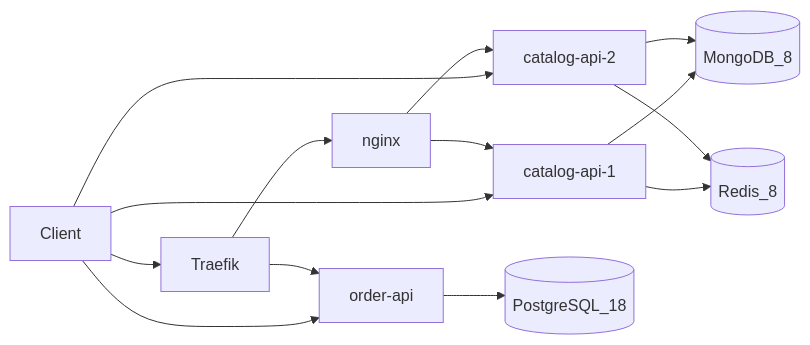
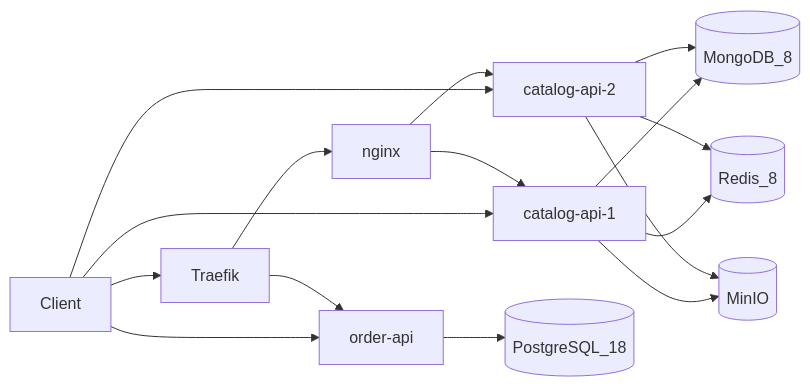
One commit to ianckc/streamshop-distributed-system changed the first of 2 diagrams in docs/docs/architecture/overview.mdx. Above: the diagram before and after it, drawn with Mermaid. The commit also changed other lines of this file and 27 other files, not shown here.

First line of the commit message:
0016 Add MinIO for catalog images (#19)

````diff
--- a/docs/docs/architecture/overview.mdx
+++ b/docs/docs/architecture/overview.mdx
@@ -11,16 +11,18 @@
 ```mermaid
 flowchart LR
   Client[Client] --> Traefik[Traefik]
   Client --> Catalog1[catalog-api-1]
   Client --> Catalog2[catalog-api-2]
   Client --> OrderAPI[order-api]
   Traefik --> Nginx[nginx]
   Traefik --> OrderAPI
   Nginx --> Catalog1
   Nginx --> Catalog2
   Catalog1 --> Mongo[(MongoDB_8)]
   Catalog2 --> Mongo
   Catalog1 --> Redis[(Redis_8)]
   Catalog2 --> Redis
+  Catalog1 --> MinIO[(MinIO)]
+  Catalog2 --> MinIO
   OrderAPI --> Postgres[(PostgreSQL_18)]
 ```
````
